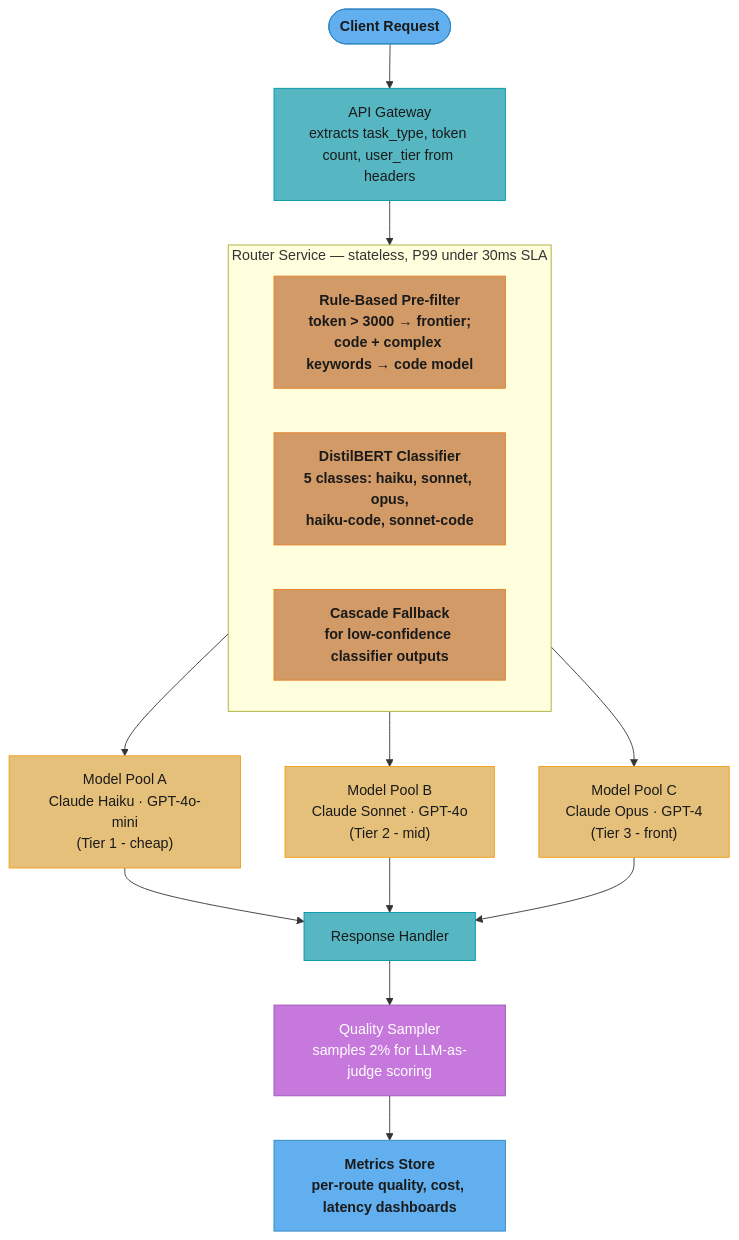
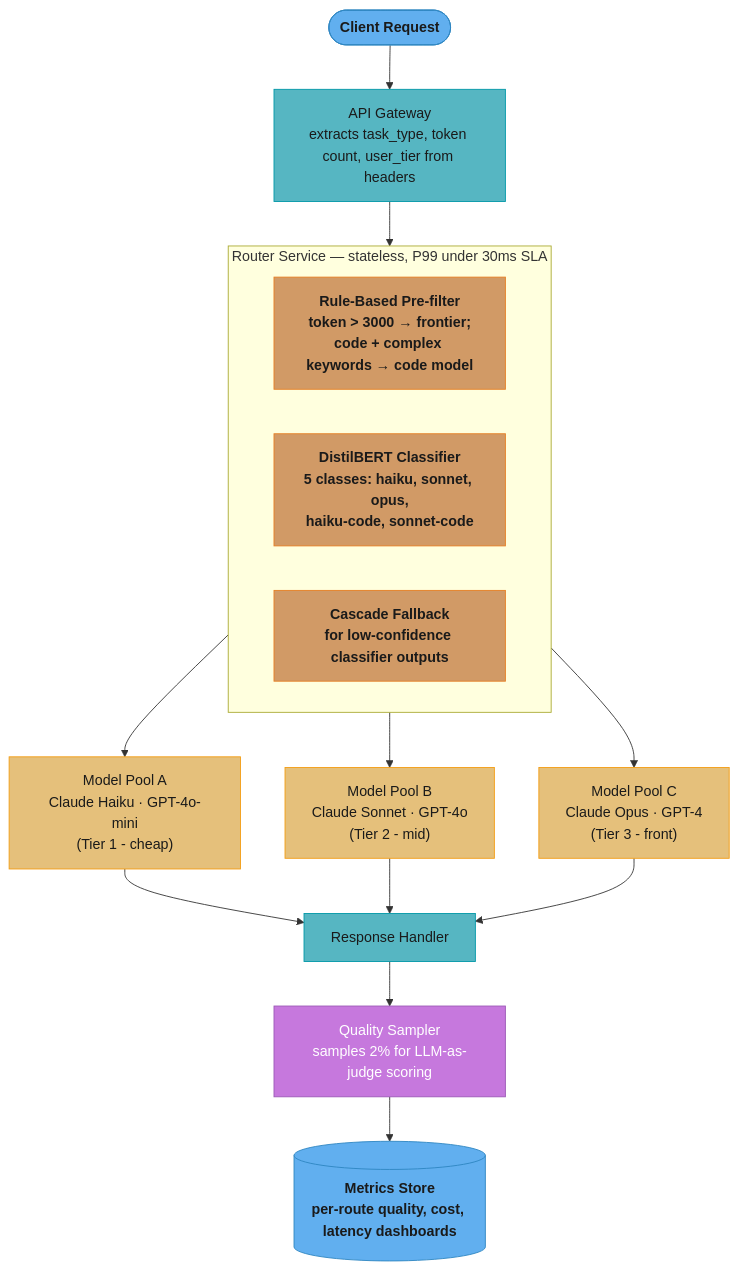
One commit to rppol/system-design changed the sixth of 6 diagrams in src/main/java/com/rutik/systemdesign/llm/llm_routing_and_model_selection/README.md. Above: the diagram before and after it, drawn with Mermaid.

Commit message:
chore(diagrams): product logos + ascii sweep in llm_routing_and_model_selection/README.md

````diff
--- a/src/main/java/com/rutik/systemdesign/llm/llm_routing_and_model_selection/README.md
+++ b/src/main/java/com/rutik/systemdesign/llm/llm_routing_and_model_selection/README.md
@@ -895,42 +895,42 @@
 ```mermaid
 flowchart TD
     classDef io      fill:#61afef,stroke:#2e86c1,color:#1a1a1a,font-weight:bold
     classDef frozen  fill:#c678dd,stroke:#9b59b6,color:#fff
     classDef train   fill:#98c379,stroke:#27ae60,color:#1a1a1a
     classDef mathOp  fill:#d19a66,stroke:#e67e22,color:#1a1a1a,font-weight:bold
     classDef lossN   fill:#e06c75,stroke:#c0392b,color:#fff,font-weight:bold
     classDef req     fill:#56b6c2,stroke:#0097a7,color:#1a1a1a
     classDef base    fill:#e5c07b,stroke:#f39c12,color:#1a1a1a
 
     REQ([Client Request])
     GW["API Gateway\nextracts task_type, token count, user_tier from headers"]
 
     subgraph RSG["Router Service — stateless, P99 under 30ms SLA"]
         RB["Rule-Based Pre-filter\ntoken > 3000 → frontier;\ncode + complex keywords → code model"]
         CL["DistilBERT Classifier\n5 classes: haiku, sonnet, opus,\nhaiku-code, sonnet-code"]
         CF["Cascade Fallback\nfor low-confidence classifier outputs"]
     end
 
     PA["Model Pool A\nClaude Haiku · GPT-4o-mini\n(Tier 1 - cheap)"]
     PB["Model Pool B\nClaude Sonnet · GPT-4o\n(Tier 2 - mid)"]
     PC["Model Pool C\nClaude Opus · GPT-4\n(Tier 3 - front)"]
     RH["Response Handler"]
     QS["Quality Sampler\nsamples 2% for LLM-as-judge scoring"]
-    MS["Metrics Store\nper-route quality, cost, latency dashboards"]
+    MS[("Metrics Store\nper-route quality, cost, latency dashboards")]
 
     REQ --> GW --> RSG
     RSG --> PA
     RSG --> PB
     RSG --> PC
     PA --> RH
     PB --> RH
     PC --> RH
     RH --> QS --> MS
 
     class REQ io
     class GW,RH req
     class RB,CL,CF mathOp
     class PA,PB,PC base
     class QS frozen
     class MS io
 ```
````
